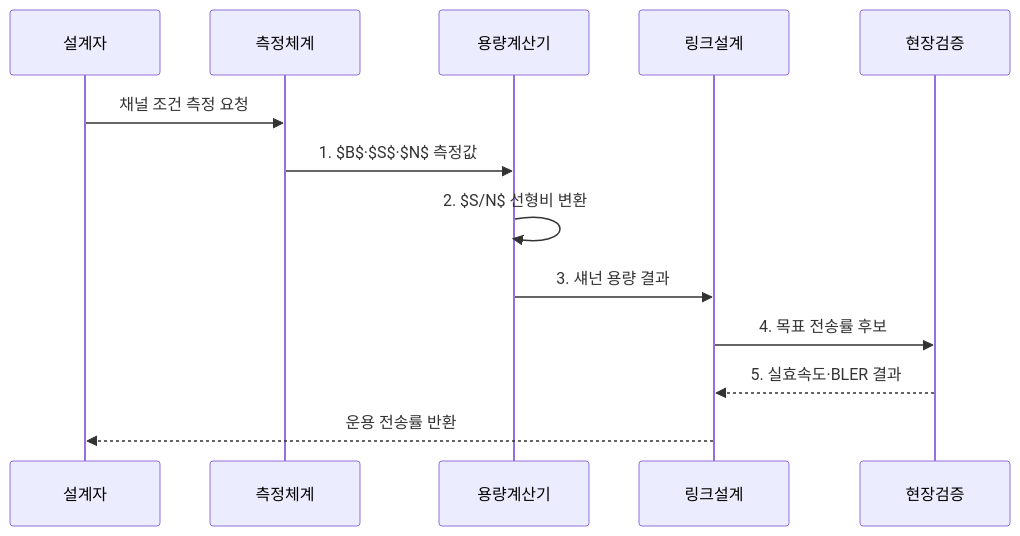
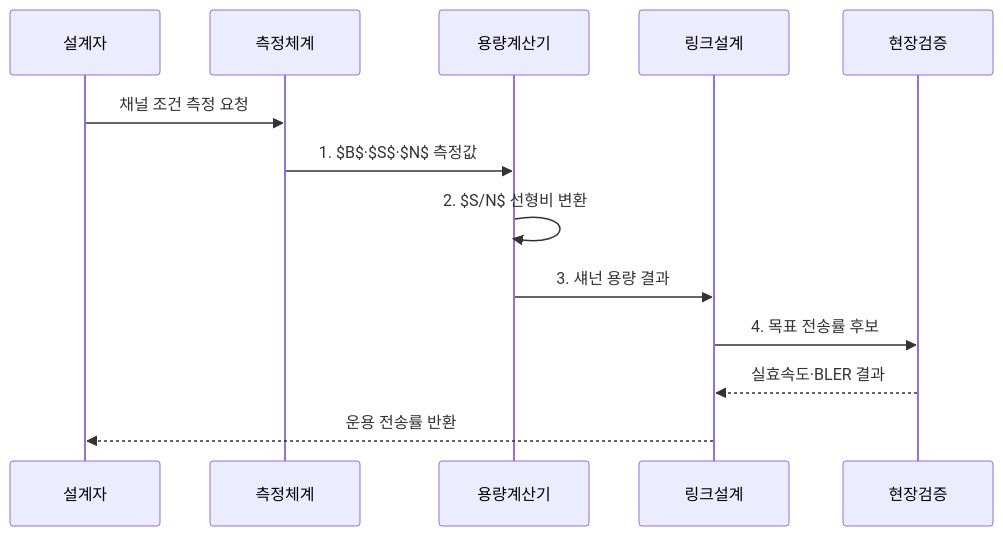
The second of 2 diagrams in src/content/docs/notes/04-network/065_shannon_channel_capacity.md (agnusdei1207/knowledge-base), drawn with Mermaid before and after one commit. The commit also changed other lines of this file and 6 other files, not shown here.

````diff
--- a/src/content/docs/notes/04-network/065_shannon_channel_capacity.md
+++ b/src/content/docs/notes/04-network/065_shannon_channel_capacity.md
@@ -93,15 +93,15 @@
 ```mermaid
 sequenceDiagram
     participant 설계자
     participant 측정체계
     participant 용량계산기
     participant 링크설계
     participant 현장검증
     설계자->>측정체계: 채널 조건 측정 요청
     측정체계->>용량계산기: 1. $B$·$S$·$N$ 측정값
     용량계산기->>용량계산기: 2. $S/N$ 선형비 변환
     용량계산기->>링크설계: 3. 섀넌 용량 결과
     링크설계->>현장검증: 4. 목표 전송률 후보
-    현장검증-->>링크설계: 5. 실효속도·BLER 결과
+    현장검증-->>링크설계: 실효속도·BLER 결과
     링크설계-->>설계자: 운용 전송률 반환
 ```
````
